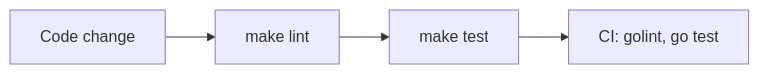
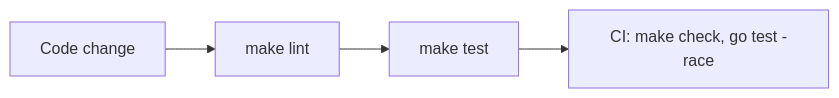
Before and after one commit to jrswab/go-pwa-forge: the diagram in .mem/practices.md, drawn with Mermaid. The commit also changed other lines of this file and 7 other files, not shown here.

Commit message:
ci: run make check in CI, re-enable vet, fix init.sh and stale .mem notes (#4)

````diff
--- a/.mem/practices.md
+++ b/.mem/practices.md
@@ -13,6 +13,6 @@
 ```mermaid
 flowchart LR
   change["Code change"] --> lint["make lint"]
   lint --> test["make test"]
-  test --> ci["CI: golint, go test"]
+  test --> ci["CI: make check, go test -race"]
 ```
````
